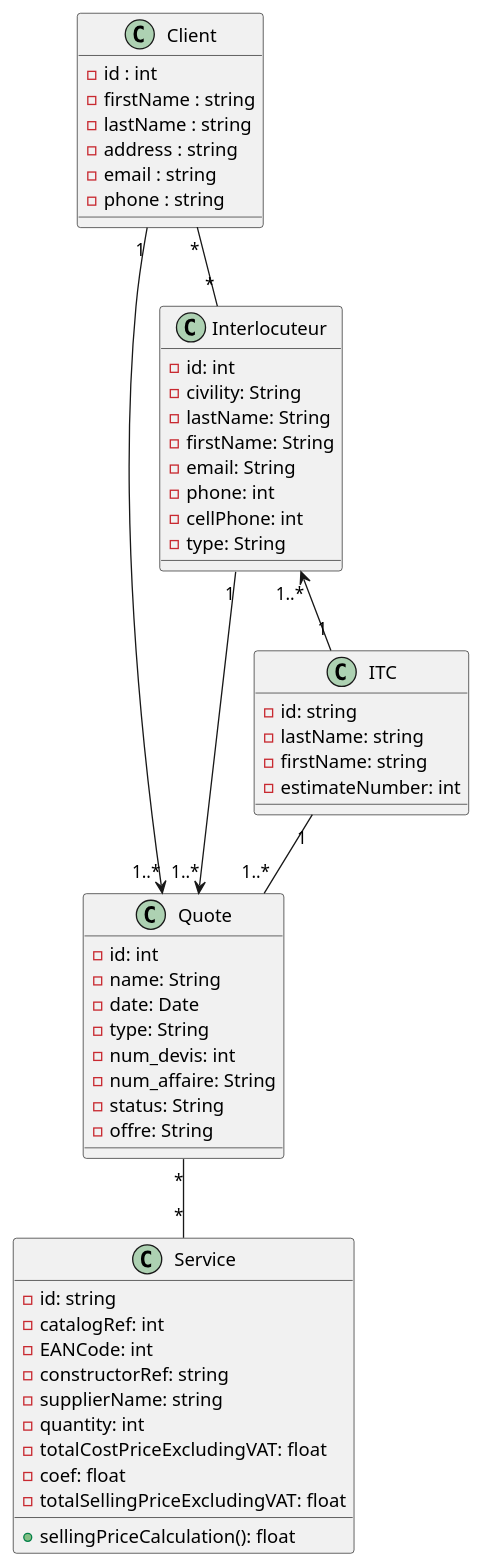
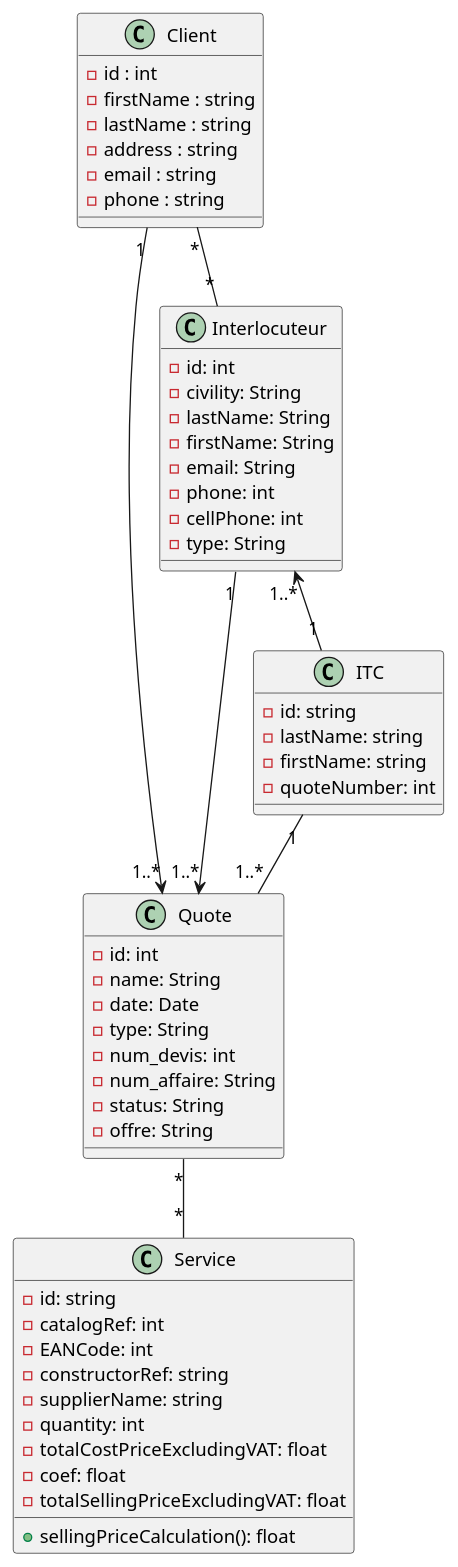
Before and after one commit to F067/New-Isco: the diagram in Diagrammes/DiagrammeCommun.puml, drawn with PlantUML. The commit also changed 2 other files, not shown here.

```diff
--- a/Diagrammes/DiagrammeCommun.puml
+++ b/Diagrammes/DiagrammeCommun.puml
@@ -1,62 +1,62 @@
 @startuml
 
 
 class Client {
     - id : int
     - firstName : string
     - lastName : string
     - address : string
     - email : string
     - phone : string
 }
 
 class Quote {
     -id: int
     -name: String
     -date: Date
     -type: String
     -num_devis: int
     -num_affaire: String
     -status: String 
     -offre: String
 }
 
 class Service {
     -id: string
     -catalogRef: int
     -EANCode: int
     -constructorRef: string
     -supplierName: string
     -quantity: int
     -totalCostPriceExcludingVAT: float
     -coef: float 
     -totalSellingPriceExcludingVAT: float
     +sellingPriceCalculation(): float
 }
 
 class ITC {
     -id: string
     -lastName: string
     -firstName: string
-    -estimateNumber: int
+    -quoteNumber: int
 }
 
 class Interlocuteur {
     -id: int
     -civility: String
     -lastName: String
     -firstName: String
     -email: String
     -phone: int
     -cellPhone: int
     -type: String
 }
 
 Client "1" --> "1..*" Quote
 Client "*" -- "*" Interlocuteur
 Interlocuteur "1" --> "1..*" Quote
 Quote "*" -- "*" Service
 ITC "1" -- "1..*" Quote
 Interlocuteur "1..*" <-- "1" ITC
 
 @enduml
```
